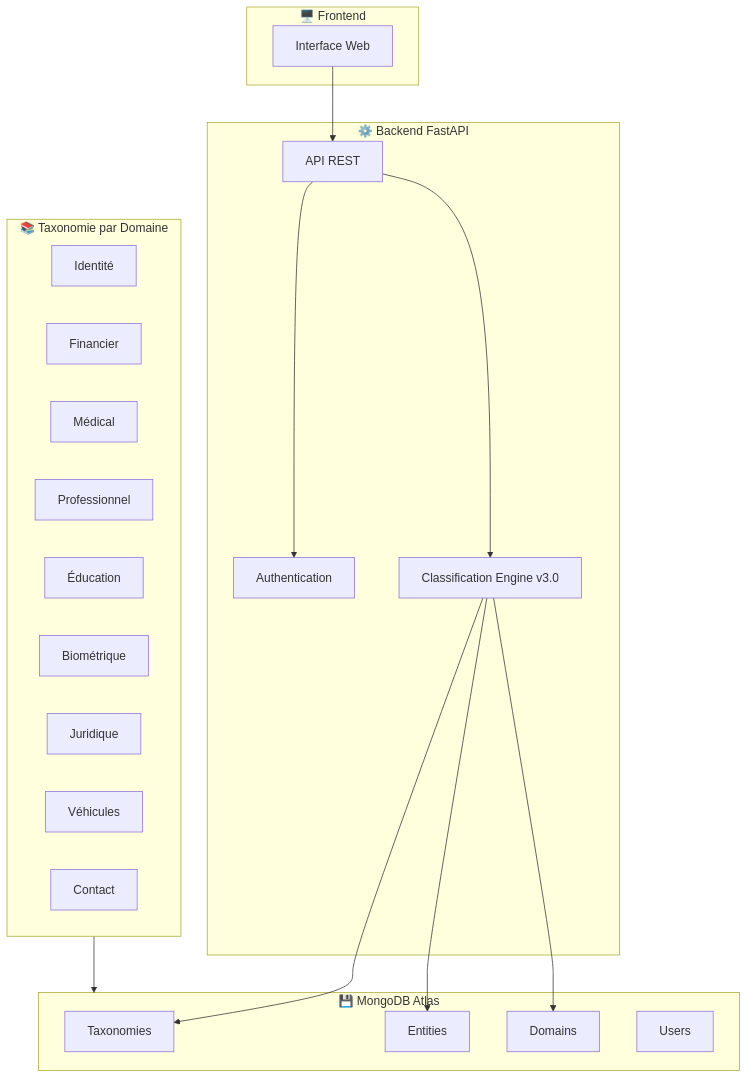
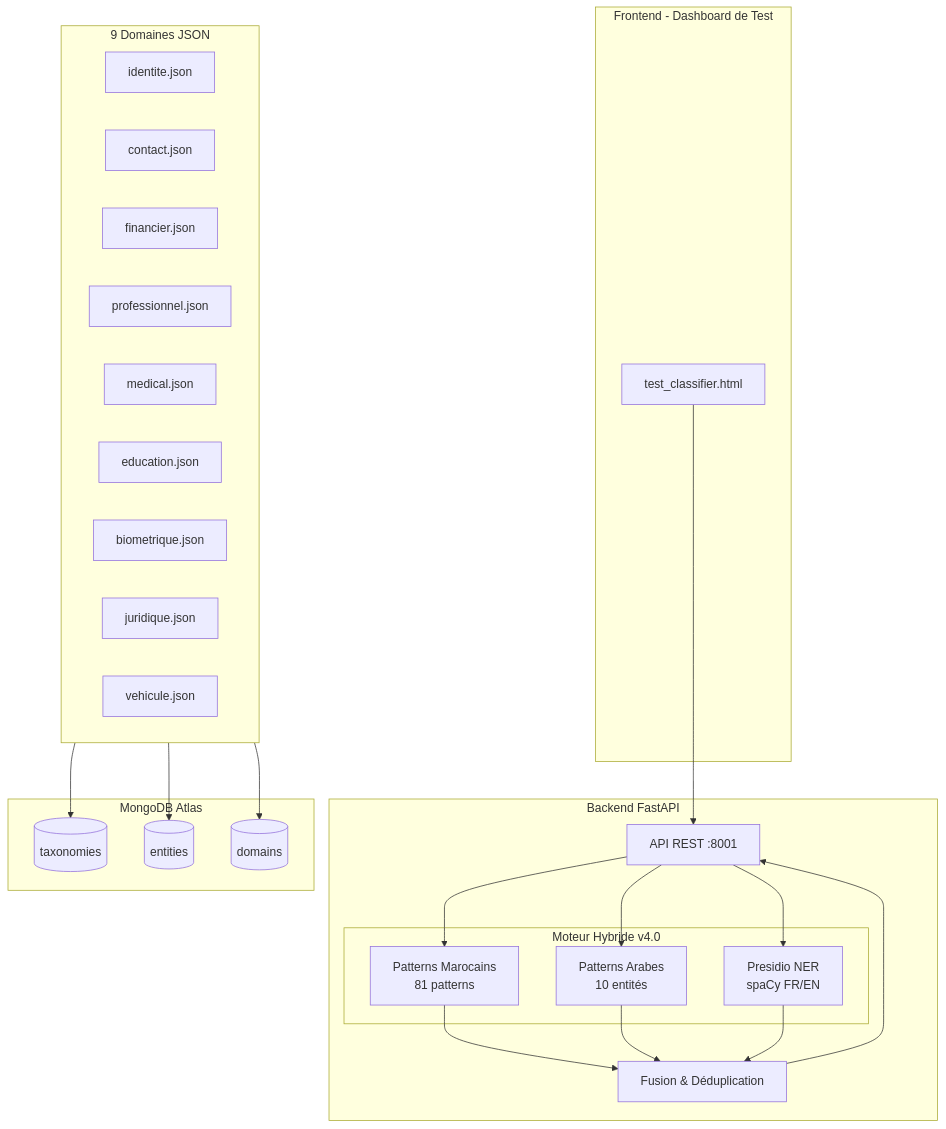
Before and after one commit to Yousseftouzani1/DataGovProjetFederateur: the first of 2 diagrams in README.md, drawn with Mermaid. The commit also changed other lines of this file and 12 other files, not shown here.

Commit message:
docs: Update README with hybrid classifier, demo recording, and dashboard - Added demo video recording - Documented hybrid detection engine (Presidio + Arabic + Moroccan) - Added professional test dashboard - Updated architecture diagrams

````diff
--- a/README.md
+++ b/README.md
@@ -39,39 +79,41 @@
 ```mermaid
 flowchart TB
-    subgraph Frontend["🖥️ Frontend"]
-        UI[Interface Web]
+    subgraph Frontend["Frontend - Dashboard de Test"]
+        UI[test_classifier.html]
     end
     
-    subgraph Backend["⚙️ Backend FastAPI"]
-        API[API REST]
-        AUTH[Authentication]
-        CLASSIFIER[Classification Engine v3.0]
+    subgraph Backend["Backend FastAPI"]
+        API[API REST :8001]
+        subgraph Hybrid["Moteur Hybride v4.0"]
+            CUSTOM[Patterns Marocains<br/>81 patterns]
+            ARABIC[Patterns Arabes<br/>10 entités]
+            PRESIDIO[Presidio NER<br/>spaCy FR/EN]
+        end
+        MERGE[Fusion & Déduplication]
     end
     
-    subgraph Database["💾 MongoDB Atlas"]
-        TAX[Taxonomies]
-        ENT[Entities]
-        DOM[Domains]
-        USERS[Users]
-    end
-    
-    subgraph Taxonomy["📚 Taxonomie par Domaine"]
-        ID[Identité]
-        FIN[Financier]
-        MED[Médical]
-        PRO[Professionnel]
-        EDU[Éducation]
-        BIO[Biométrique]
-        JUR[Juridique]
-        VEH[Véhicules]
-        CON[Contact]
+    subgraph Database["MongoDB Atlas"]
+        TAX[(taxonomies)]
+        ENT[(entities)]
+        DOM[(domains)]
     end
     
     UI --> API
-    API --> AUTH
-    API --> CLASSIFIER
-    CLASSIFIER --> TAX
-    CLASSIFIER --> ENT
-    CLASSIFIER --> DOM
-    Taxonomy --> Database
+    API --> CUSTOM & ARABIC & PRESIDIO
+    CUSTOM & ARABIC & PRESIDIO --> MERGE
+    MERGE --> API
+    
+    subgraph Domains["9 Domaines JSON"]
+        D1[identite.json]
+        D2[contact.json]
+        D3[financier.json]
+        D4[professionnel.json]
+        D5[medical.json]
+        D6[education.json]
+        D7[biometrique.json]
+        D8[juridique.json]
+        D9[vehicule.json]
+    end
+    
+    Domains --> TAX & ENT & DOM
 ```
````
